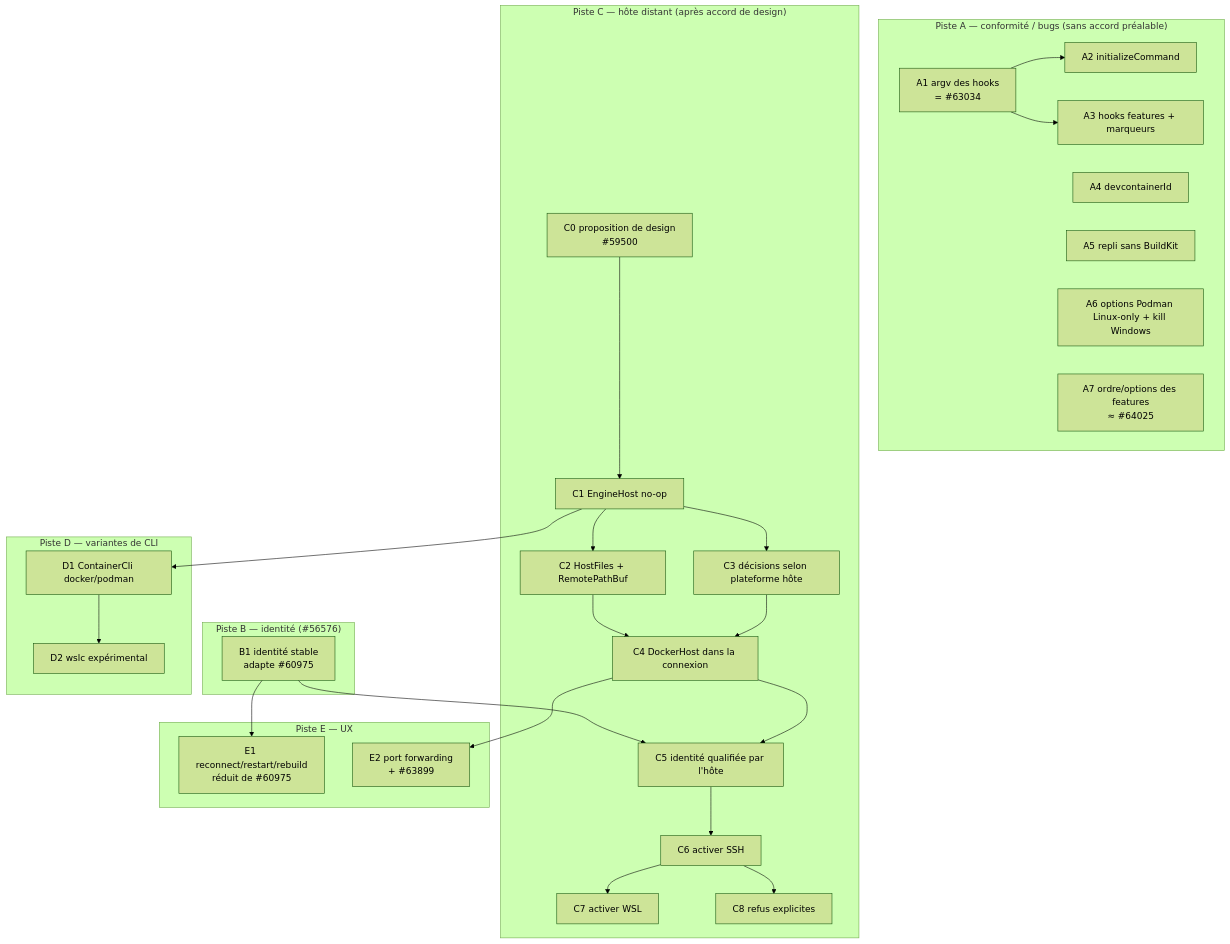
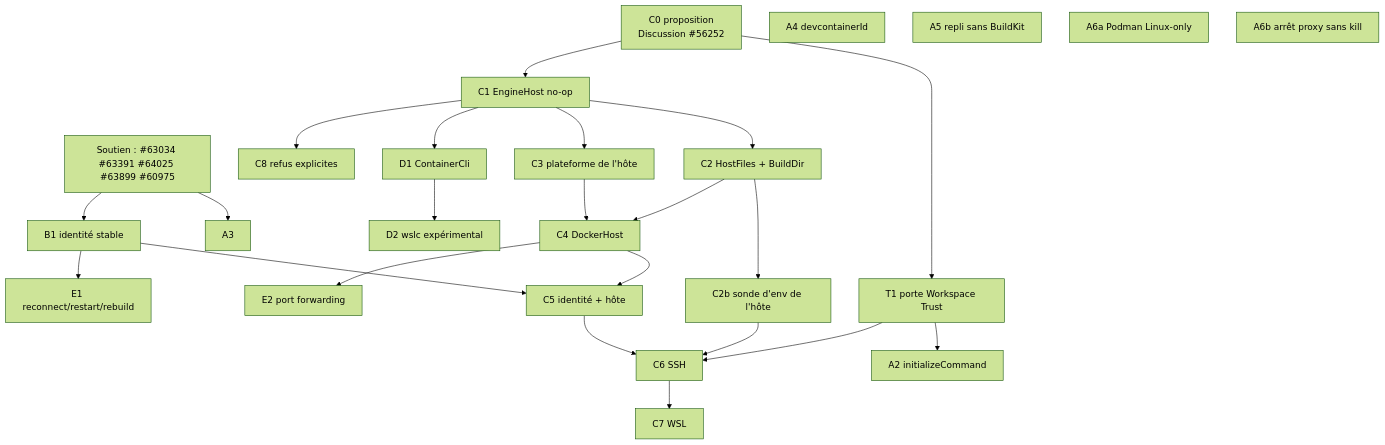
The diagram in docs/devcontainers-plan/06-pr-stack.md (breakingrobot/zed), drawn with Mermaid (forest theme) before and after one commit. The commit also changed other lines of this file and 13 other files, not shown here.

````diff
--- a/docs/devcontainers-plan/06-pr-stack.md
+++ b/docs/devcontainers-plan/06-pr-stack.md
@@ -17,34 +21,28 @@
 ```mermaid
 flowchart TD
-  subgraph A["Piste A — conformité / bugs (sans accord préalable)"]
-    A1[A1 argv des hooks<br/>= #63034] --> A2[A2 initializeCommand]
-    A1 --> A3[A3 hooks features + marqueurs]
-    A4[A4 devcontainerId]
-    A5[A5 repli sans BuildKit]
-    A6[A6 options Podman Linux-only + kill Windows]
-    A7[A7 ordre/options des features<br/>≈ #64025]
-  end
-  subgraph B["Piste B — identité (#56576)"]
-    B1[B1 identité stable<br/>adapte #60975]
-  end
-  subgraph C["Piste C — hôte distant (après accord de design)"]
-    C0[C0 proposition de design<br/>#59500] --> C1[C1 EngineHost no-op]
-    C1 --> C2[C2 HostFiles + RemotePathBuf]
-    C1 --> C3[C3 décisions selon plateforme hôte]
-    C2 --> C4[C4 DockerHost dans la connexion]
-    C3 --> C4
-    B1 --> C5[C5 identité qualifiée par l'hôte]
-    C4 --> C5
-    C5 --> C6[C6 activer SSH]
-    C6 --> C7[C7 activer WSL]
-    C6 --> C8[C8 refus explicites]
-  end
-  subgraph D["Piste D — variantes de CLI"]
-    C1 --> D1[D1 ContainerCli docker/podman]
-    D1 --> D2[D2 wslc expérimental]
-  end
-  subgraph E["Piste E — UX"]
-    B1 --> E1[E1 reconnect/restart/rebuild<br/>réduit de #60975]
-    C4 --> E2[E2 port forwarding<br/>+ #63899]
-  end
+  C0[C0 proposition<br/>Discussion #56252] --> T1[T1 porte Workspace Trust]
+  S[Soutien : #63034 #63391 #64025 #63899 #60975] --> A3
+  T1 --> A2[A2 initializeCommand]
+  A4[A4 devcontainerId]
+  A5[A5 repli sans BuildKit]
+  A6a[A6a Podman Linux-only]
+  A6b[A6b arrêt proxy sans kill]
+  S --> B1[B1 identité stable]
+  C0 --> C1[C1 EngineHost no-op]
+  C1 --> C2[C2 HostFiles + BuildDir]
+  C1 --> C3[C3 plateforme de l'hôte]
+  C1 --> D1[D1 ContainerCli]
+  C2 --> C2b[C2b sonde d'env de l'hôte]
+  C2 --> C4[C4 DockerHost]
+  C3 --> C4
+  C1 --> C8[C8 refus explicites]
+  B1 --> C5[C5 identité + hôte]
+  C4 --> C5
+  C5 --> C6[C6 SSH]
+  C2b --> C6
+  T1 --> C6
+  C6 --> C7[C7 WSL]
+  D1 --> D2[D2 wslc expérimental]
+  B1 --> E1[E1 reconnect/restart/rebuild]
+  C4 --> E2[E2 port forwarding]
 ```
````
